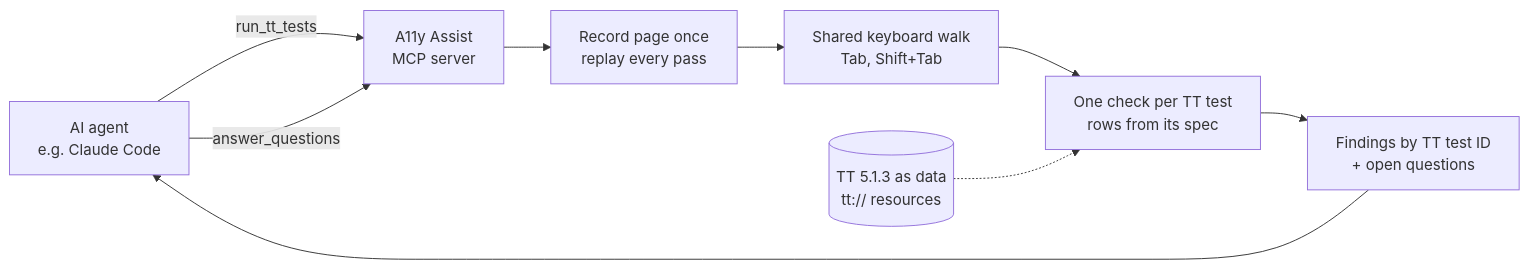
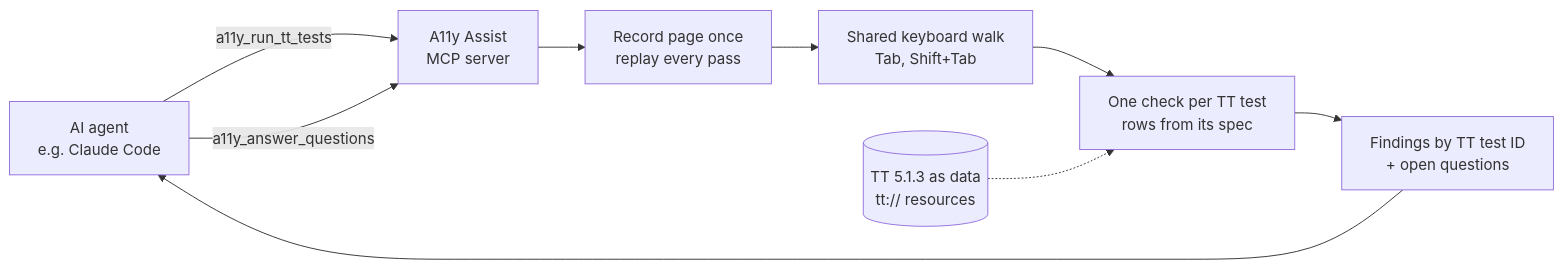
Before and after one commit to abbybowman/a11y-assist: the diagram in docs/hackathon/deck.md, drawn with Mermaid. The commit also changed other lines of this file and 19 other files, not shown here.

First line of the commit message:
Prefix the tool names: a11y_run_tt_tests, a11y_answer_questions

````diff
--- a/docs/hackathon/deck.md
+++ b/docs/hackathon/deck.md
@@ -64,11 +64,11 @@
 ```mermaid
 flowchart LR
-  A[AI agent<br/>e.g. Claude Code] -->|run_tt_tests| S[A11y Assist<br/>MCP server]
-  A -->|answer_questions| S
+  A[AI agent<br/>e.g. Claude Code] -->|a11y_run_tt_tests| S[A11y Assist<br/>MCP server]
+  A -->|a11y_answer_questions| S
   S --> R[Record page once<br/>replay every pass]
   R --> W[Shared keyboard walk<br/>Tab, Shift+Tab]
   W --> C[One check per TT test<br/>rows from its spec]
   C --> F[Findings by TT test ID<br/>+ open questions]
   F --> A
   T[(TT 5.1.3 as data<br/>tt:// resources)] -.-> C
 ```
````
